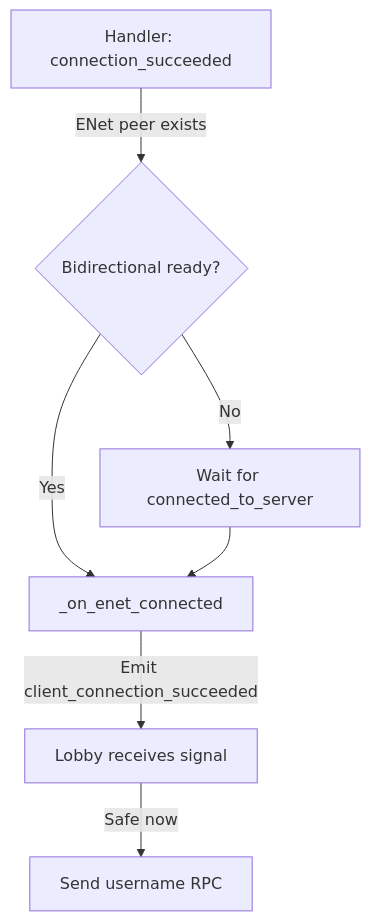
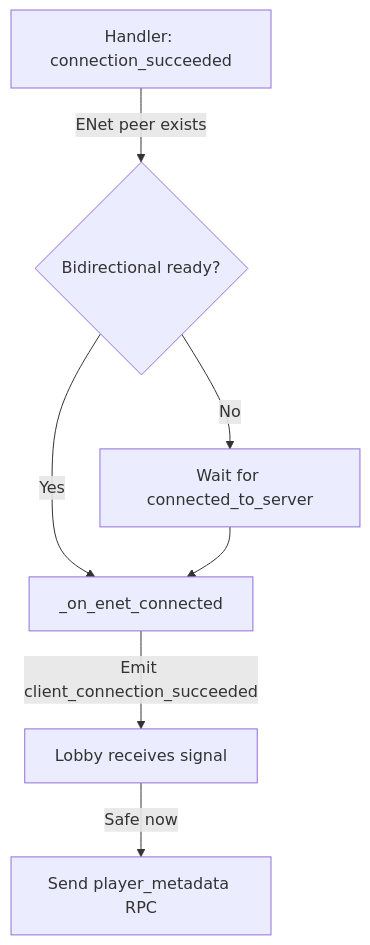
One commit to ssebs/DankNooner changed the sixth of 13 diagrams in v2/planning_docs/LobbyGameFlowMP.md. Above: the diagram before and after it, drawn with Mermaid. The commit also changed other lines of this file and 7 other files, not shown here.

````diff
--- a/v2/planning_docs/LobbyGameFlowMP.md
+++ b/v2/planning_docs/LobbyGameFlowMP.md
@@ -177,9 +177,9 @@
 ```mermaid
 flowchart TD
     A[Handler: connection_succeeded] -->|"ENet peer exists"| B{Bidirectional ready?}
     B -->|No| C[Wait for connected_to_server]
     B -->|Yes| D[_on_enet_connected]
     C --> D
     D -->|"Emit client_connection_succeeded"| E[Lobby receives signal]
-    E -->|"Safe now"| F[Send username RPC]
+    E -->|"Safe now"| F[Send player_metadata RPC]
 ```
````
